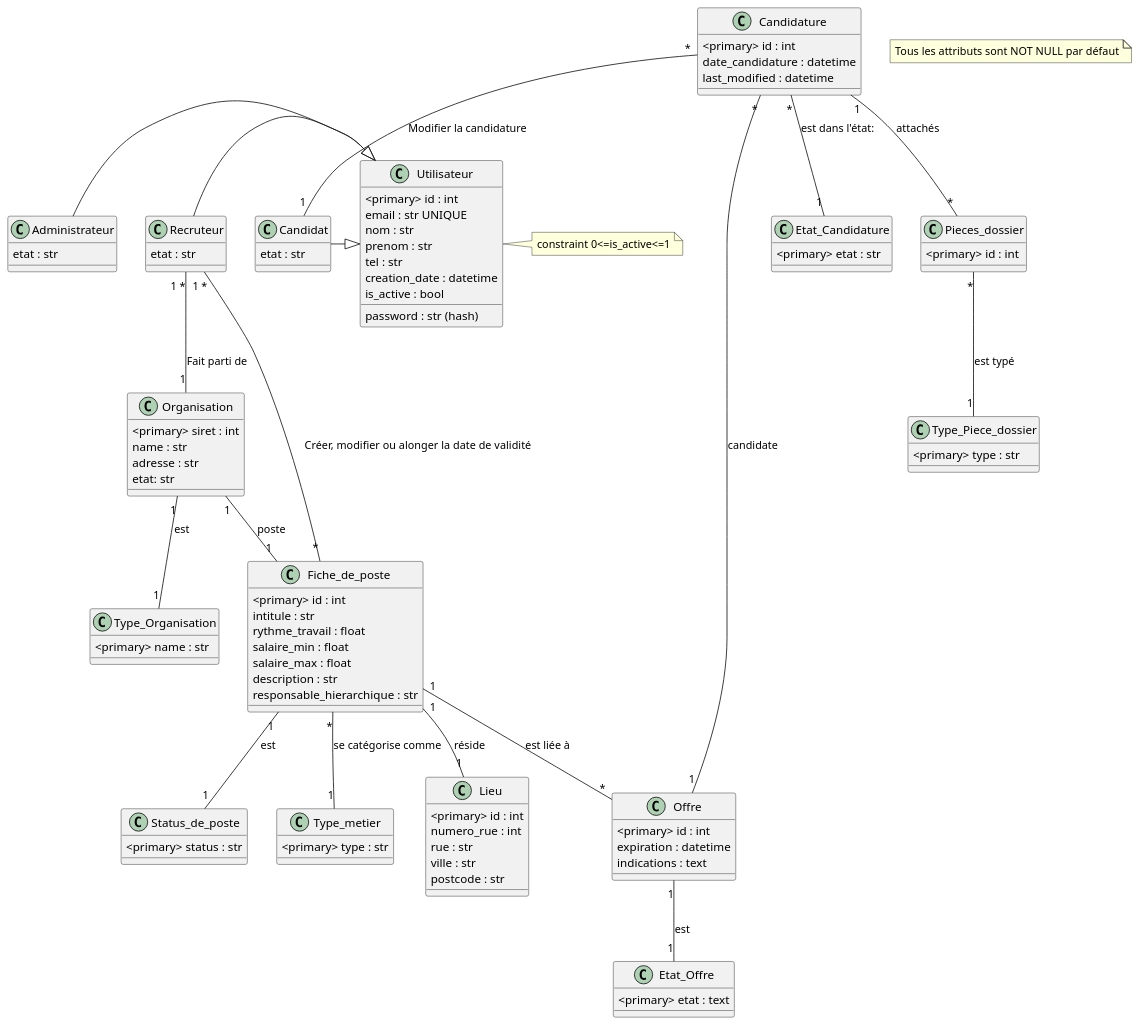
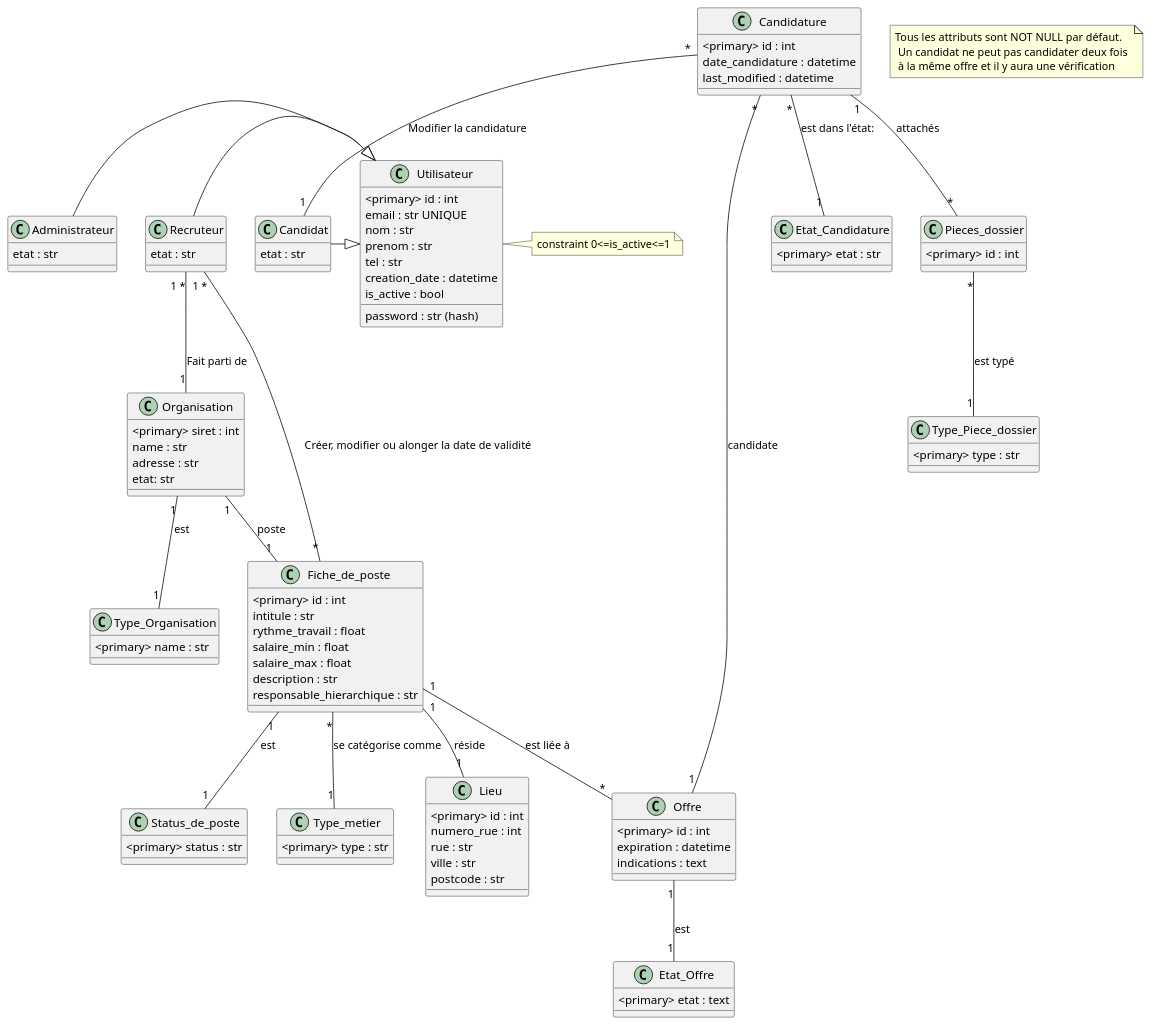
One commit to alexandreeberhardt/SR10_Website changed the diagram in structure/UML.puml. Above: the diagram before and after it, drawn with PlantUML.

Commit message:
modified UML

```diff
--- a/structure/UML.puml
+++ b/structure/UML.puml
@@ -1,118 +1,118 @@
 @startuml
-note "Tous les attributs sont NOT NULL par défaut" as note
+note "Tous les attributs sont NOT NULL par défaut.\n Un candidat ne peut pas candidater deux fois \n à la même offre et il y aura une vérification" as note
 
 
 class Utilisateur{
   <primary> id : int
   email : str UNIQUE
   password : str (hash)
   nom : str
   prenom : str
   tel : str
   creation_date : datetime
   is_active : bool
 }
 note right
   constraint 0<=is_active<=1
 end note
 
 class Administrateur{
   etat : str
 }
 
 class Candidat{
     etat : str
 }
 
 class Recruteur{
     etat : str
 }
 
 
 
 class Type_Organisation{
   <primary> name : str
 }
 
 class Organisation{
   <primary> siret : int
   name : str
   adresse : str
   etat: str
 }
 
 class Etat_Offre{
   <primary> etat : text
 }
 
 class Offre{
   <primary> id : int
   expiration : datetime
   indications : text
 }
 
 class Fiche_de_poste{
   <primary> id : int
   intitule : str
   rythme_travail : float
   salaire_min : float
   salaire_max : float
   description : str
   responsable_hierarchique : str
 
 }
 
 class Status_de_poste{
   <primary> status : str
 }
 class Type_metier{
   <primary> type : str
 }
 
 class Lieu{
   <primary> id : int
   numero_rue : int
   rue : str
   ville : str
   postcode : str 
 }
 
 class Candidature{
   <primary> id : int
   date_candidature : datetime
   last_modified : datetime
 }
 
 class Etat_Candidature{
   <primary> etat : str
 }
 
 class Pieces_dossier{
   <primary> id : int
 }
 
 class Type_Piece_dossier{
   <primary> type : str
 }
 
 Pieces_dossier "*" -- "1" Type_Piece_dossier : "est typé"
 
 Fiche_de_poste "*" -- "1" Type_metier : "se catégorise comme"
 Candidature "*" -- "1" Etat_Candidature : "est dans l'état:"
 Candidature "*" -- "1" Candidat : "Modifier la candidature"
 Candidature "*" -- "1" Offre : "candidate"
 Candidature "1" -- "*" Pieces_dossier : "attachés"
 Offre "1" -- "1" Etat_Offre : "est" 
 Administrateur -|> Utilisateur
 Recruteur -|> Utilisateur
 Candidat -|> Utilisateur
 Organisation "1" -- "1" Type_Organisation : "est"
 Organisation "1" -- "1" Fiche_de_poste : "poste"
 Fiche_de_poste "1" -- "*" Offre : "est liée à"
 Fiche_de_poste "1" -- "1" Status_de_poste : "est"
 Fiche_de_poste "1" -- "1" Lieu : "réside"
 Fiche_de_poste "*" -- "1 *" Recruteur : "Créer, modifier ou alonger la date de validité"
 Recruteur "1 *" -- "1" Organisation : "Fait parti de"
 
 
 @enduml
```
